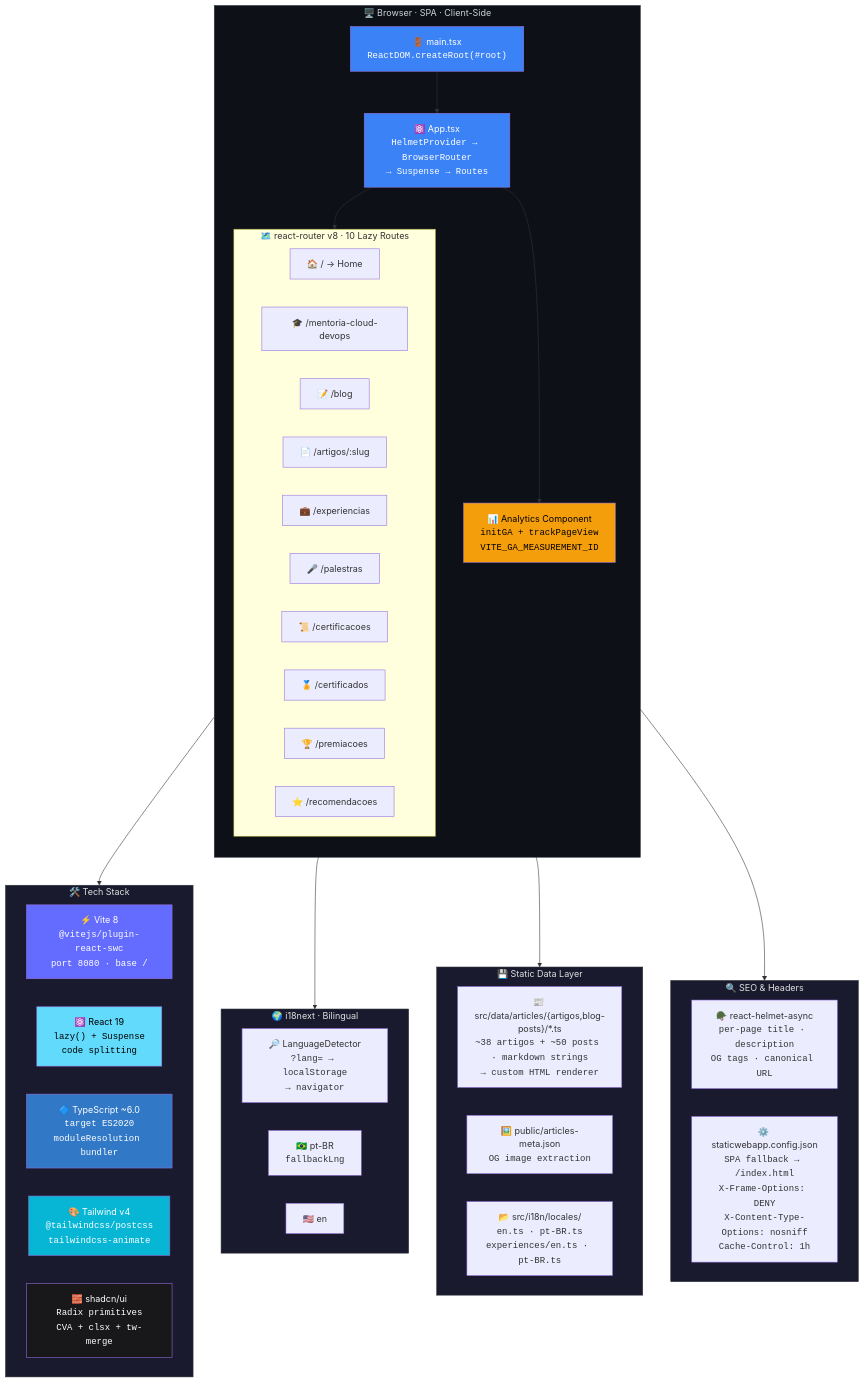
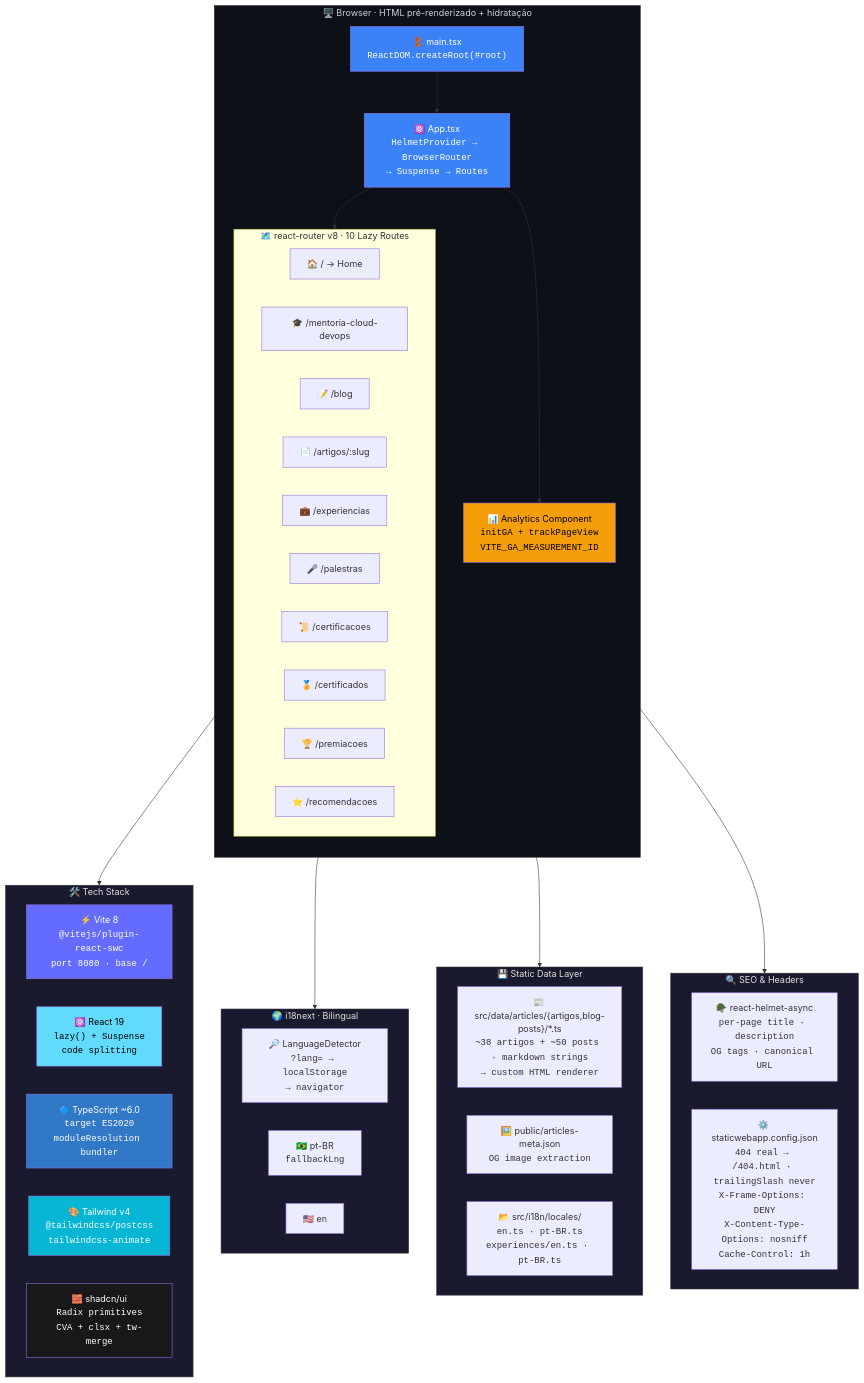
One commit to orafaelferreiraa/orafaelferreira-com changed the third of 5 diagrams in README.md. Above: the diagram before and after it, drawn with Mermaid. The commit also changed other lines of this file and 266 other files, not shown here.

````diff
--- a/README.md
+++ b/README.md
@@ -394,74 +397,74 @@
 ```mermaid
 flowchart TB
-    subgraph client["🖥️ Browser · SPA · Client-Side"]
+    subgraph client["🖥️ Browser · HTML pré-renderizado + hidratação"]
         direction TB
         entry["🚪 main.tsx<br/><code>ReactDOM.createRoot(#root)</code>"]
         entry --> app["⚛️ App.tsx<br/><code>HelmetProvider → BrowserRouter<br/>→ Suspense → Routes</code>"]
         
         app --> analytics_comp["📊 Analytics Component<br/><code>initGA + trackPageView<br/>VITE_GA_MEASUREMENT_ID</code>"]
         
         app --> routes
 
         subgraph routes["🗺️ react-router v8 · 10 Lazy Routes"]
             direction LR
             r1["🏠 / → Home"]
             r2["🎓 /mentoria-cloud-devops"]
             r3["📝 /blog"]
             r4["📄 /artigos/:slug"]
             r5["💼 /experiencias"]
             r6["🎤 /palestras"]
             r7["📜 /certificacoes"]
             r8["🏅 /certificados"]
             r9["🏆 /premiacoes"]
             r10["⭐ /recomendacoes"]
         end
     end
 
     subgraph stack["🛠️ Tech Stack"]
         direction LR
         vite["⚡ Vite 8<br/><code>@vitejs/plugin-react-swc<br/>port 8080 · base /</code>"]
         react["⚛️ React 19<br/><code>lazy() + Suspense<br/>code splitting</code>"]
         ts["🔷 TypeScript ~6.0<br/><code>target ES2020<br/>moduleResolution bundler</code>"]
         tw["🎨 Tailwind v4<br/><code>@tailwindcss/postcss<br/>tailwindcss-animate</code>"]
         shadcn["🧱 shadcn/ui<br/><code>Radix primitives<br/>CVA + clsx + tw-merge</code>"]
     end
 
     subgraph i18n["🌍 i18next · Bilingual"]
         direction LR
         detector["🔎 LanguageDetector<br/><code>?lang= → localStorage<br/>→ navigator</code>"]
         ptbr["🇧🇷 pt-BR<br/><code>fallbackLng</code>"]
         en["🇺🇸 en"]
     end
 
     subgraph data["💾 Static Data Layer"]
         direction LR
         articles["📰 src/data/articles/{artigos,blog-posts}/*.ts<br/><code>~38 artigos + ~50 posts · markdown strings<br/>→ custom HTML renderer</code>"]
         meta["🖼️ public/articles-meta.json<br/><code>OG image extraction</code>"]
         i18n_files["📂 src/i18n/locales/<br/><code>en.ts · pt-BR.ts<br/>experiences/en.ts · pt-BR.ts</code>"]
     end
 
     subgraph seo["🔍 SEO & Headers"]
         direction LR
         helmet["🪖 react-helmet-async<br/><code>per-page title · description<br/>OG tags · canonical URL</code>"]
-        swa_config["⚙️ staticwebapp.config.json<br/><code>SPA fallback → /index.html<br/>X-Frame-Options: DENY<br/>X-Content-Type-Options: nosniff<br/>Cache-Control: 1h</code>"]
+        swa_config["⚙️ staticwebapp.config.json<br/><code>404 real → /404.html · trailingSlash never<br/>X-Frame-Options: DENY<br/>X-Content-Type-Options: nosniff<br/>Cache-Control: 1h</code>"]
     end
 
     client --> stack
     client --> i18n
     client --> data
     client --> seo
 
     style client fill:#0d1117,color:#c9d1d9,stroke:#30363d
     style stack fill:#1a1a2e,color:#e0e0e0,stroke:#30363d
     style i18n fill:#1a1a2e,color:#e0e0e0,stroke:#30363d
     style data fill:#1a1a2e,color:#e0e0e0,stroke:#30363d
     style seo fill:#1a1a2e,color:#e0e0e0,stroke:#30363d
     style entry fill:#3b82f6,color:#fff
     style app fill:#3b82f6,color:#fff
     style analytics_comp fill:#f59e0b,color:#000
     style vite fill:#646cff,color:#fff
     style react fill:#61dafb,color:#000
     style ts fill:#3178c6,color:#fff
     style tw fill:#06b6d4,color:#fff
     style shadcn fill:#18181b,color:#fff
 ```
````
